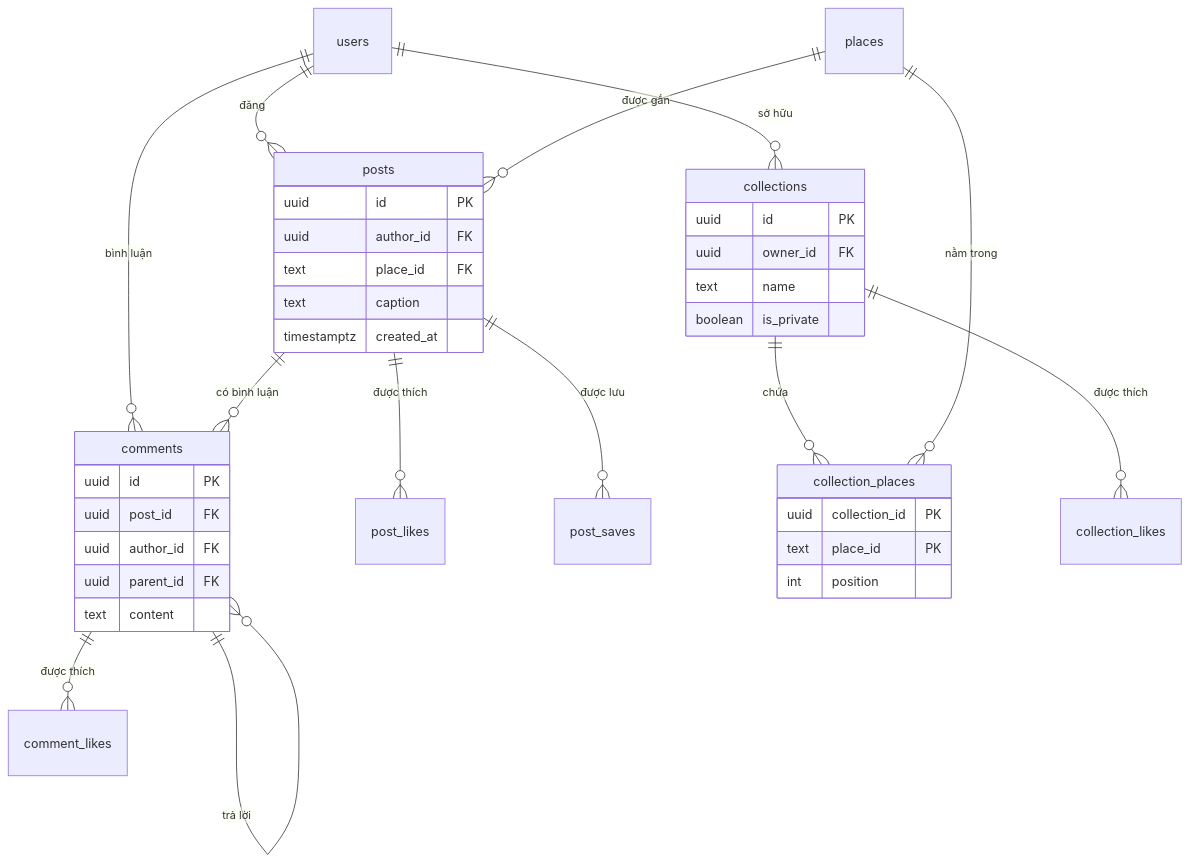
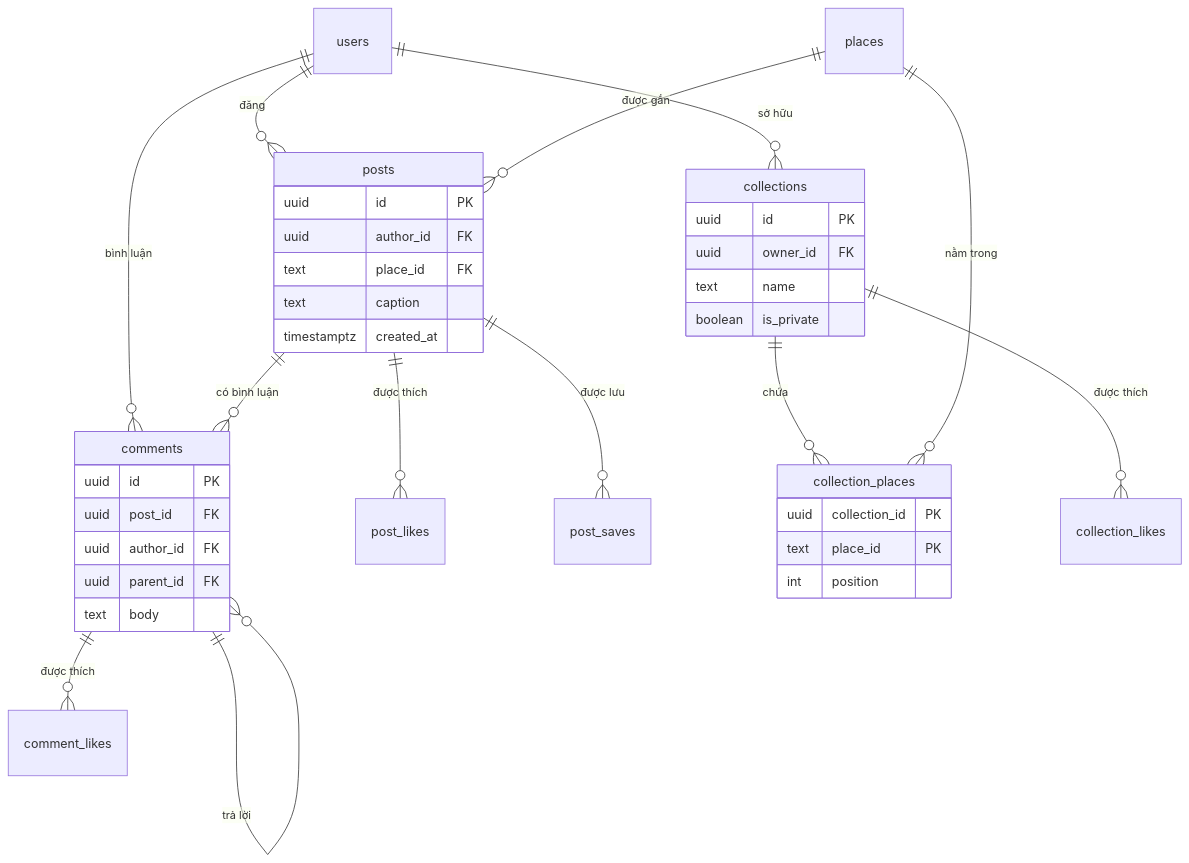
Before and after one commit to longqt321/Rendez-PBL6: the fourth of 14 diagrams in docs/bao-cao/BAO-CAO-DO-AN.md, drawn with Mermaid. The commit also changed other lines of this file, not shown here.

Commit message:
docs(bao-cao): sua ten cot ERD dung theo schema (body, display_name, room_proposal_*)

````diff
--- a/docs/bao-cao/BAO-CAO-DO-AN.md
+++ b/docs/bao-cao/BAO-CAO-DO-AN.md
@@ -292,41 +292,41 @@
 ```mermaid
 erDiagram
   users ||--o{ posts : "đăng"
   users ||--o{ comments : "bình luận"
   users ||--o{ collections : "sở hữu"
   places ||--o{ posts : "được gắn"
   posts ||--o{ post_likes : "được thích"
   posts ||--o{ post_saves : "được lưu"
   posts ||--o{ comments : "có bình luận"
   comments ||--o{ comment_likes : "được thích"
   comments ||--o{ comments : "trả lời"
   collections ||--o{ collection_places : "chứa"
   collections ||--o{ collection_likes : "được thích"
   places ||--o{ collection_places : "nằm trong"
 
   posts {
     uuid id PK
     uuid author_id FK
     text place_id FK
     text caption
     timestamptz created_at
   }
   comments {
     uuid id PK
     uuid post_id FK
     uuid author_id FK
     uuid parent_id FK
-    text content
+    text body
   }
   collections {
     uuid id PK
     uuid owner_id FK
     text name
     boolean is_private
   }
   collection_places {
     uuid collection_id PK
     text place_id PK
     int position
   }
 ```
````
